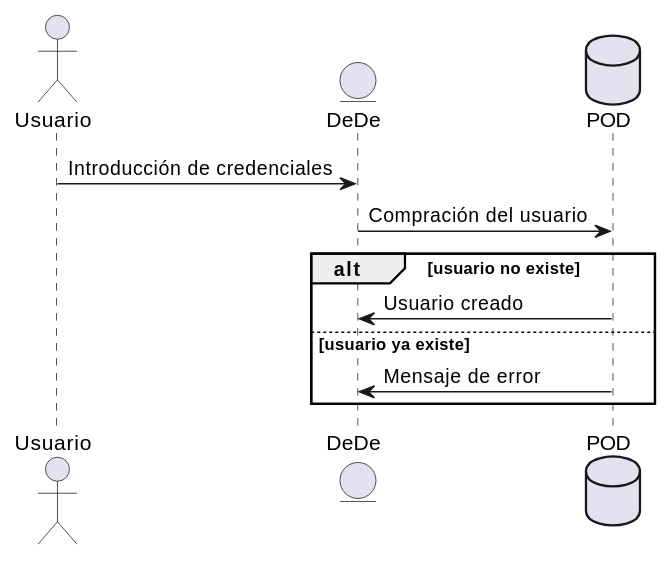
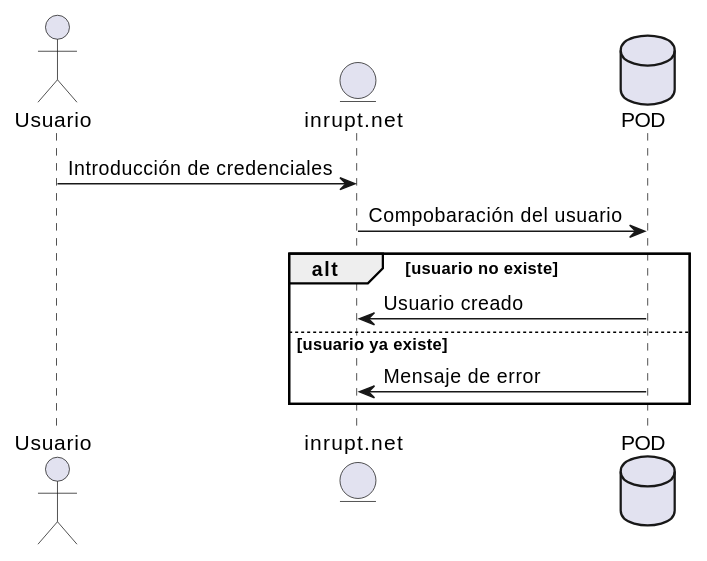
One commit to Arquisoft/dede_es1c changed the second of 4 diagrams in docs/06_runtime_view.adoc. Above: the diagram before and after it, drawn with PlantUML. The commit also changed other lines of this file, not shown here.

Commit message:
Cambiado 06_runtime_view

```diff
--- a/docs/06_runtime_view.adoc
+++ b/docs/06_runtime_view.adoc
@@ -27,17 +27,17 @@
 [plantuml,"Registro_diagrama",png]
 ----
 @startuml
 actor Usuario
-entity DeDe
+entity inrupt.net
 database POD
-Usuario-> DeDe :Introducción de credenciales
-DeDe->POD:Compración del usuario
+Usuario-> inrupt.net :Introducción de credenciales
+inrupt.net->POD:Compobaración del usuario
 alt usuario no existe
 
-    POD -> DeDe: Usuario creado
+    POD -> inrupt.net: Usuario creado
 
 else usuario ya existe
-    POD -> DeDe: Mensaje de error
+    POD -> inrupt.net: Mensaje de error
 end
 @enduml
 ----
```
